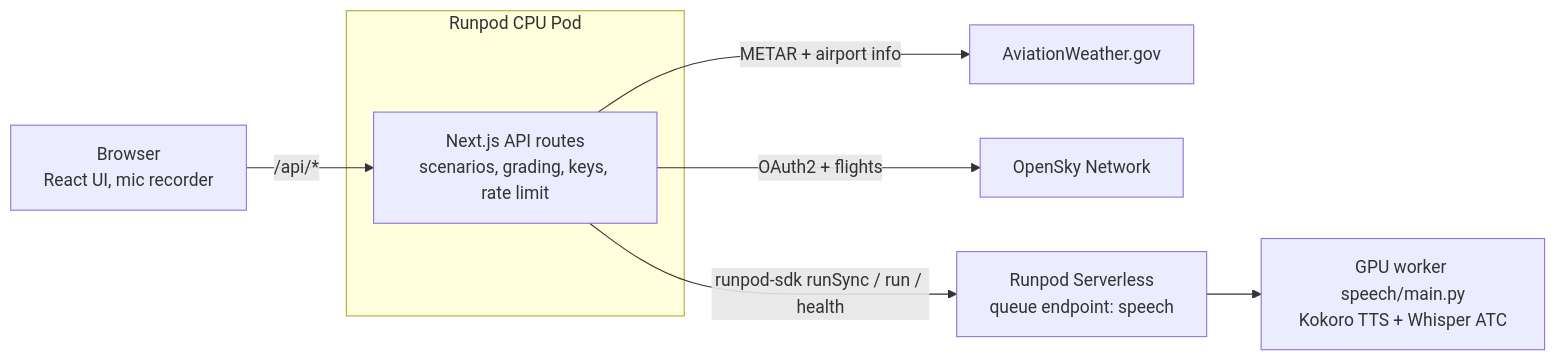
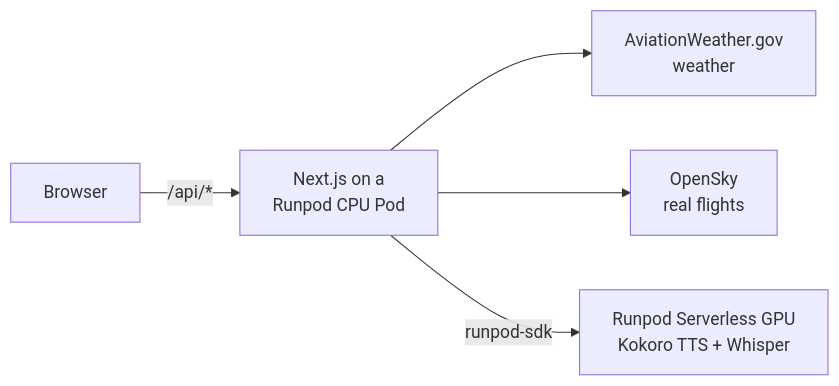
The diagram in README.md (soos3d/readback-trainer-runpod), drawn with Mermaid before and after one commit. The commit also changed other lines of this file and 5 other files, not shown here.

````diff
--- a/README.md
+++ b/README.md
@@ -165,11 +11,7 @@
 ```mermaid
 flowchart LR
-  B[Browser<br/>React UI, mic recorder] -->|/api/*| N
-  subgraph Pod[Runpod CPU Pod]
-    N[Next.js API routes<br/>scenarios, grading, keys, rate limit]
-  end
-  N -->|METAR + airport info| AWC[AviationWeather.gov]
-  N -->|OAuth2 + flights| OS[OpenSky Network]
-  N -->|runpod-sdk runSync / run / health| Q[Runpod Serverless<br/>queue endpoint: speech]
-  Q --> W[GPU worker speech/main.py<br/>Kokoro TTS + Whisper ATC]
+  B[Browser] -->|/api/*| N[Next.js on a<br/>Runpod CPU Pod]
+  N --> AWC[AviationWeather.gov<br/>weather]
+  N --> OS[OpenSky<br/>real flights]
+  N -->|runpod-sdk| W[Runpod Serverless GPU<br/>Kokoro TTS + Whisper]
 ```
````
